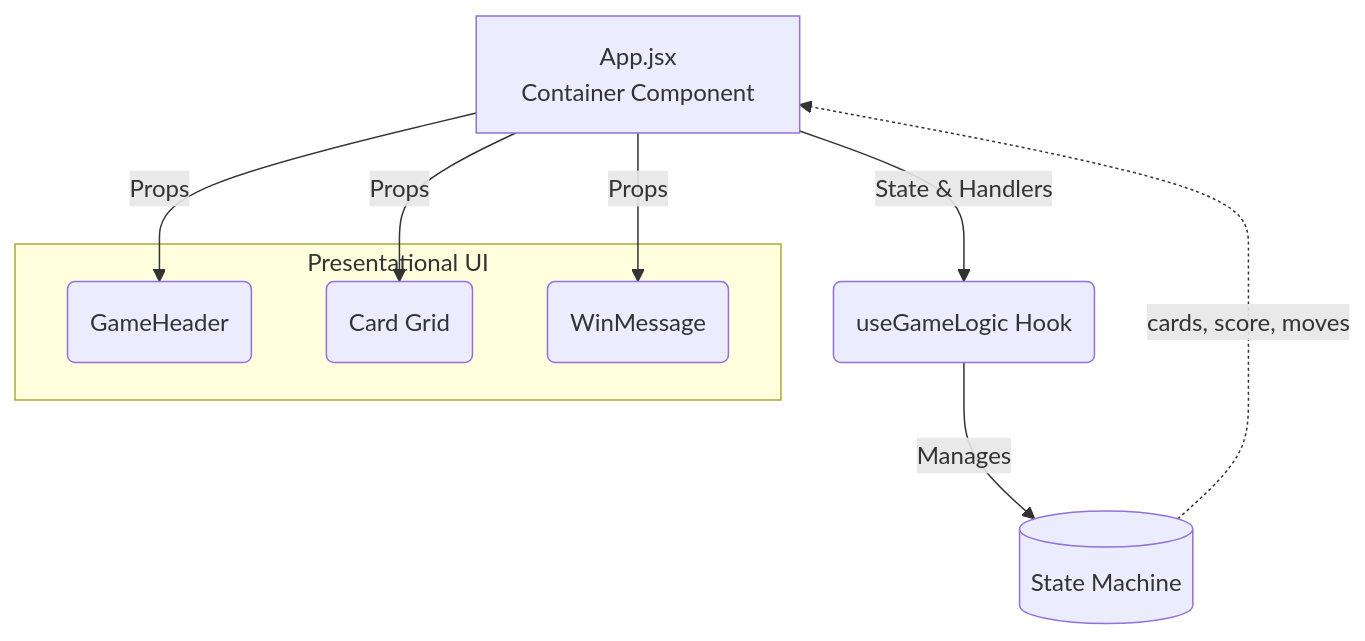
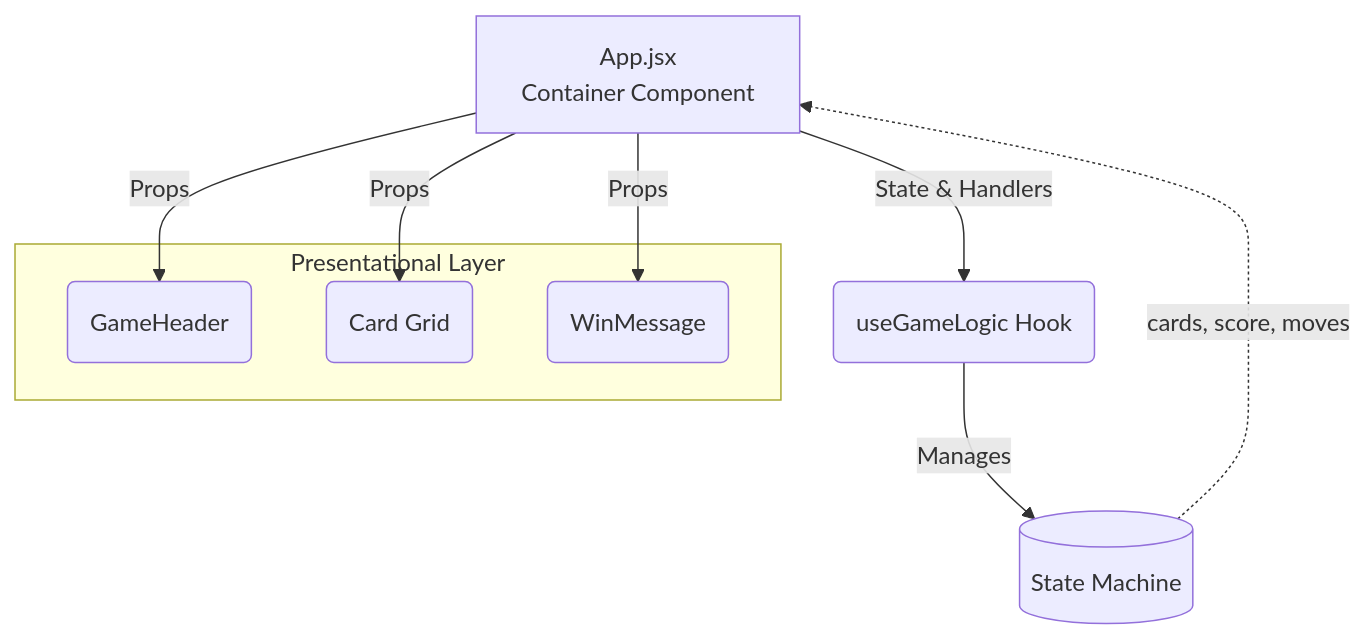
Before and after one commit to Rohan-Bhandari162/React-memory-game: the diagram in README.md, drawn with Mermaid. The commit also changed other lines of this file, not shown here.

````diff
--- a/README.md
+++ b/README.md
@@ -61,16 +70,16 @@
 ```mermaid
 graph TD
     A[App.jsx<br>Container Component] -->|State & Handlers| B(useGameLogic Hook)
     A -->|Props| C(GameHeader)
     A -->|Props| D(Card Grid)
     A -->|Props| E(WinMessage)
     
     B -->|Manages| F[(State Machine)]
     F -.->|cards, score, moves| A
     
-    subgraph Presentational UI
+    subgraph Presentational Layer
     C
     D
     E
     end
 ```
````
